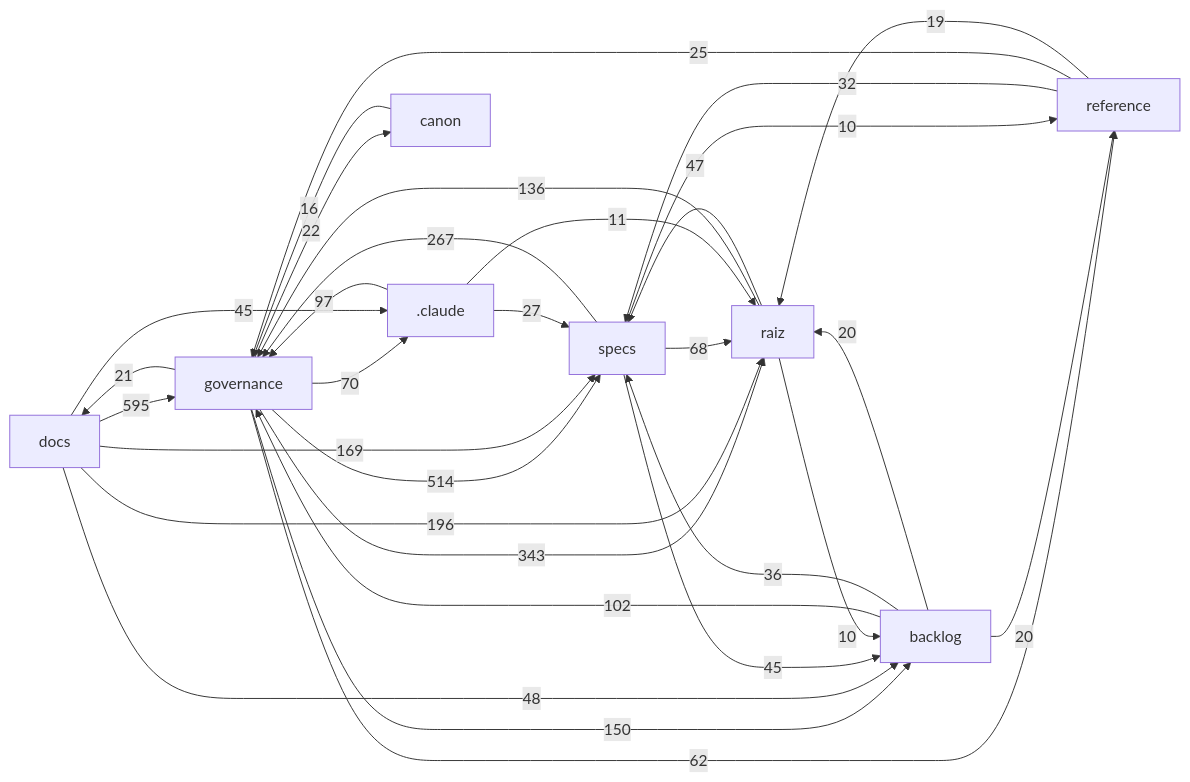
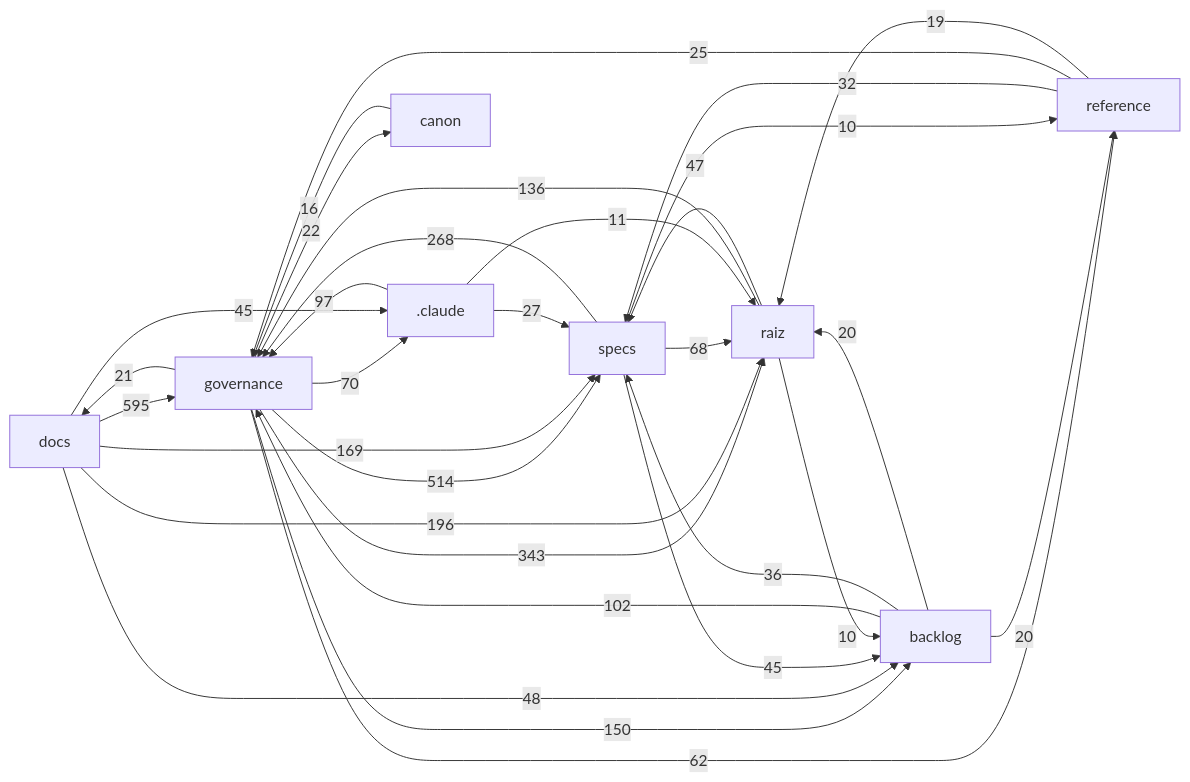
The diagram in docs/mapa/MAPA-PROJETO.md (Andraus35/Sistema-Operacional-de-Trading--SOT), drawn with Mermaid before and after one commit. The commit also changed other lines of this file and 2 other files, not shown here.

````diff
--- a/docs/mapa/MAPA-PROJETO.md
+++ b/docs/mapa/MAPA-PROJETO.md
@@ -29,33 +29,33 @@
 ```mermaid
 flowchart LR
   docs["docs"] -->|595| governance["governance"]
   governance["governance"] -->|514| specs["specs"]
   governance["governance"] -->|343| raiz["raiz"]
-  specs["specs"] -->|267| governance["governance"]
+  specs["specs"] -->|268| governance["governance"]
   docs["docs"] -->|196| raiz["raiz"]
   docs["docs"] -->|169| specs["specs"]
   governance["governance"] -->|150| backlog["backlog"]
   raiz["raiz"] -->|136| governance["governance"]
   backlog["backlog"] -->|102| governance["governance"]
   _claude[".claude"] -->|97| governance["governance"]
   governance["governance"] -->|70| _claude[".claude"]
   specs["specs"] -->|68| raiz["raiz"]
   governance["governance"] -->|62| reference["reference"]
   docs["docs"] -->|48| backlog["backlog"]
   raiz["raiz"] -->|47| specs["specs"]
   docs["docs"] -->|45| _claude[".claude"]
   specs["specs"] -->|45| backlog["backlog"]
   backlog["backlog"] -->|36| specs["specs"]
   reference["reference"] -->|32| specs["specs"]
   _claude[".claude"] -->|27| specs["specs"]
   reference["reference"] -->|25| governance["governance"]
   governance["governance"] -->|22| canon["canon"]
   governance["governance"] -->|21| docs["docs"]
   backlog["backlog"] -->|20| raiz["raiz"]
   backlog["backlog"] -->|20| reference["reference"]
   reference["reference"] -->|19| raiz["raiz"]
   canon["canon"] -->|16| governance["governance"]
   _claude[".claude"] -->|11| raiz["raiz"]
   raiz["raiz"] -->|10| backlog["backlog"]
   specs["specs"] -->|10| reference["reference"]
 ```
````
